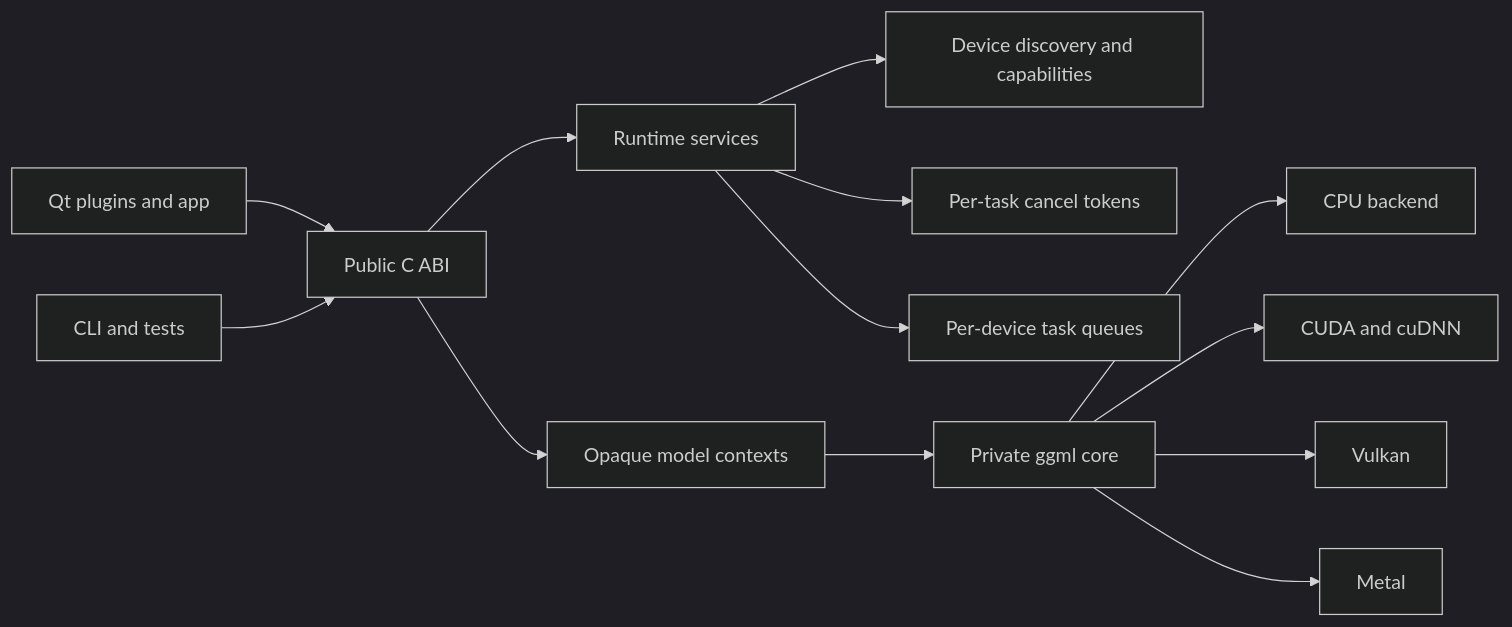
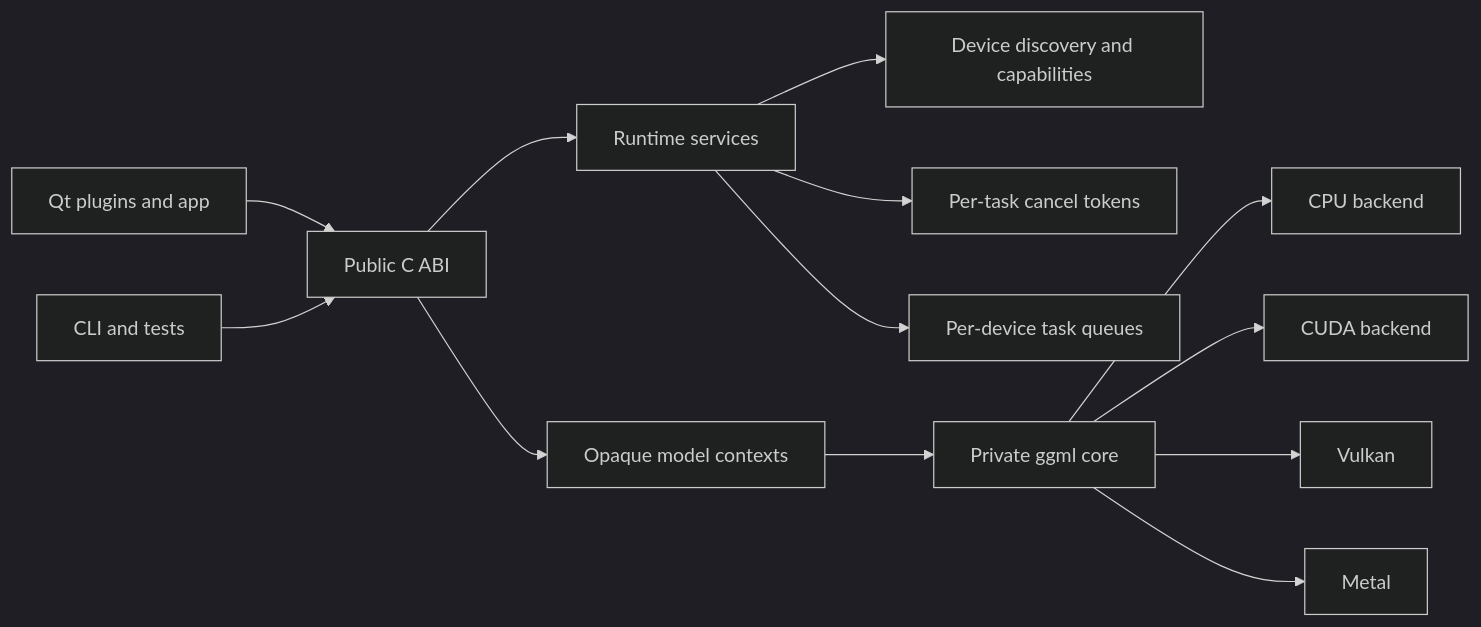
The first of 2 diagrams in core/AICore/ARCHITECTURE.md (Asher-1/ACloudViewer), drawn with Mermaid (dark theme) before and after one commit. The commit also changed other lines of this file and 48 other files, not shown here.

````diff
--- a/core/AICore/ARCHITECTURE.md
+++ b/core/AICore/ARCHITECTURE.md
@@ -17,15 +17,15 @@
 ```mermaid
 flowchart LR
     UI[Qt plugins and app] --> CAPI[Public C ABI]
     CLI[CLI and tests] --> CAPI
     CAPI --> RT[Runtime services]
     RT --> DEV[Device discovery and capabilities]
     RT --> CANCEL[Per-task cancel tokens]
     RT --> LOCK[Per-device task queues]
     CAPI --> SESS[Opaque model contexts]
     SESS --> GGML[Private ggml core]
     GGML --> CPU[CPU backend]
-    GGML --> CUDA[CUDA and cuDNN]
+    GGML --> CUDA[CUDA backend]
     GGML --> VK[Vulkan]
     GGML --> METAL[Metal]
 ```
````
